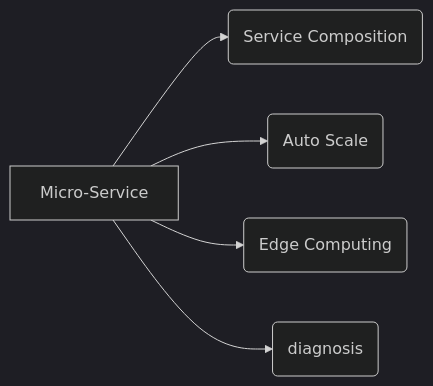
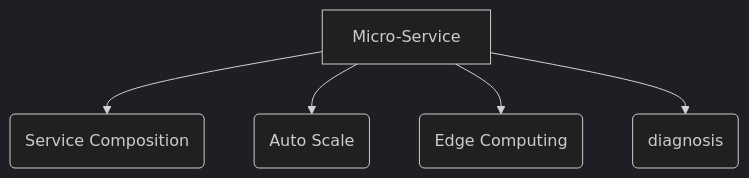
The first of 2 diagrams in _posts/2019-08-20-Plan.md (GuodongFan/GuodongFan.github.io), drawn with Mermaid (dark theme) before and after one commit.

````diff
--- a/_posts/2019-08-20-Plan.md
+++ b/_posts/2019-08-20-Plan.md
@@ -8,8 +8,8 @@
 ```mermaid
-graph LR
+graph TD; 
 
 A[Micro-Service] --> B(Service Composition)
 A --> C(Auto Scale)
 A --> D(Edge Computing)
 A --> E(diagnosis)
 ```
````
